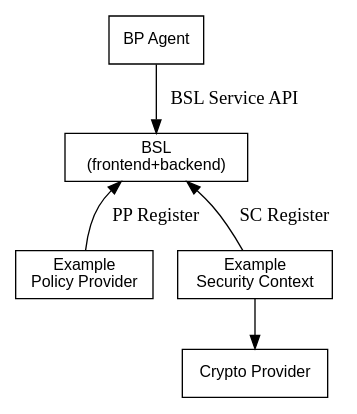
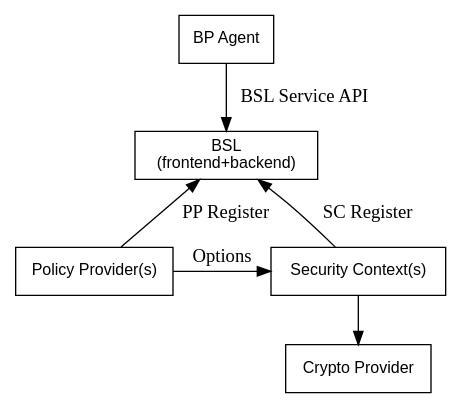
Before and after one commit to NASA-AMMOS/BSL-docs: the first of 3 diagrams in user-guide/manual.adoc, drawn with Graphviz. The commit also changed other lines of this file and 2 other files, not shown here.

```diff
--- a/user-guide/manual.adoc
+++ b/user-guide/manual.adoc
@@ -271,18 +307,20 @@
 [graphviz,format=svg,width=80mm]
 ----
 digraph figure {
     rankdir=TB;
-    node [shape=record, fontname=Helvetica, fontsize=12];
+    node [shape=box, fontname=Helvetica, fontsize=12];
 
     bpa [ label="BP Agent" ];
     bsl [ label="BSL\n(frontend+backend)" ];
-    pp [ label="Example\nPolicy Provider" ];
-    sc [ label="Example\nSecurity Context" ];
+    pp [ label="Policy Provider(s)" ];
+    sc [ label="Security Context(s)" ];
     crypto [ label="Crypto Provider" ];
+    { rank=same; pp; sc; }
 
     bpa -> bsl [ label="BSL Service API" ];
     bsl -> pp [ label="PP Register"; dir=back; ]
     bsl -> sc [ label="SC Register"; dir=back; ]
+    pp -> sc [ label="Options" ];
     sc -> crypto;
 }
 ----
```
